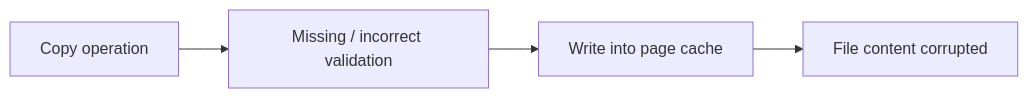
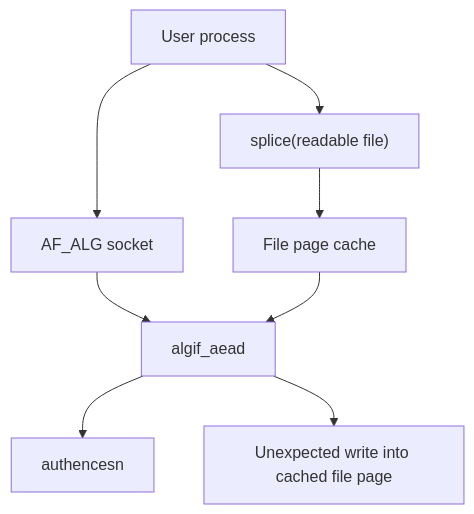
Before and after one commit to pullsec/hugo-content: the second of 5 diagrams in cve/kernel/CVE-2026-31431.md, drawn with Mermaid. The commit also changed other lines of this file and 1 other file, not shown here.

````diff
--- a/cve/kernel/CVE-2026-31431.md
+++ b/cve/kernel/CVE-2026-31431.md
@@ -70,7 +103,10 @@
 ```mermaid
-flowchart LR
-    A["Copy operation"] 
-        --> B["Missing / incorrect validation"]
-        --> C["Write into page cache"]
-        --> D["File content corrupted"]
+flowchart TD
+    A["User process"] --> B["AF_ALG socket"]
+    B --> C["algif_aead"]
+    C --> D["authencesn"]
+    A --> E["splice(readable file)"]
+    E --> F["File page cache"]
+    F --> C
+    C --> G["Unexpected write into cached file page"]
 ```
````
